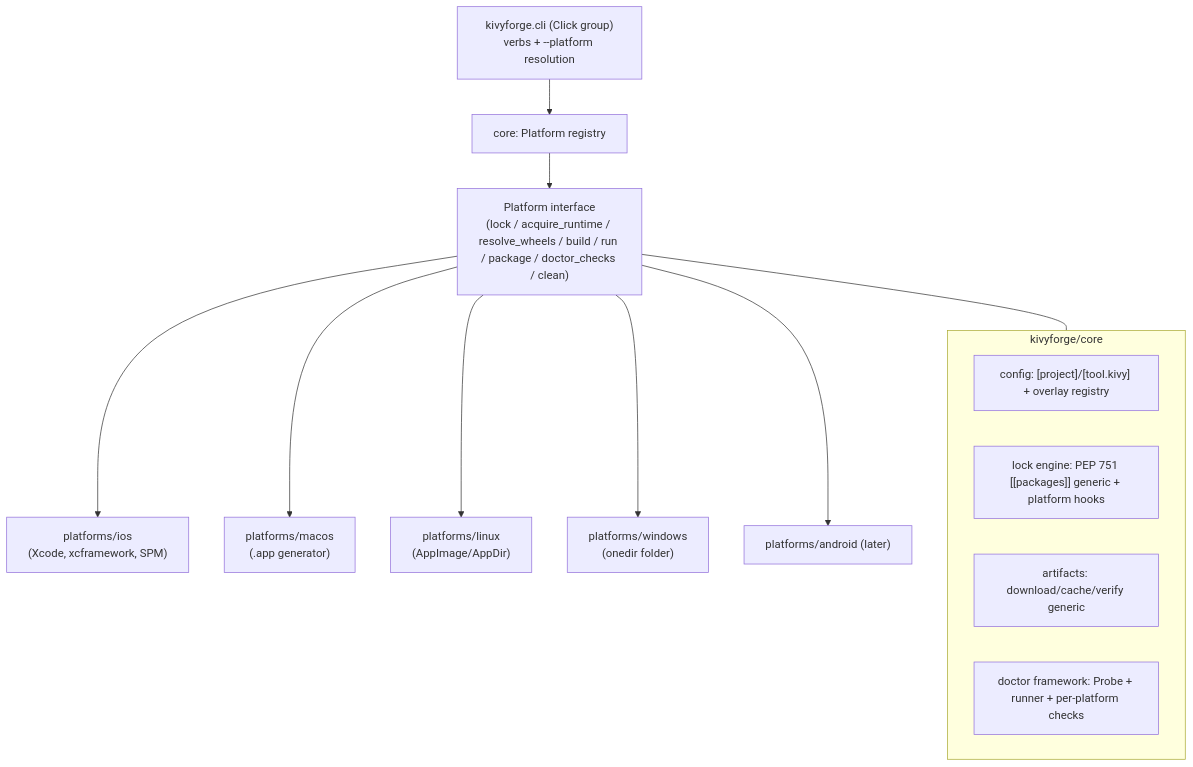
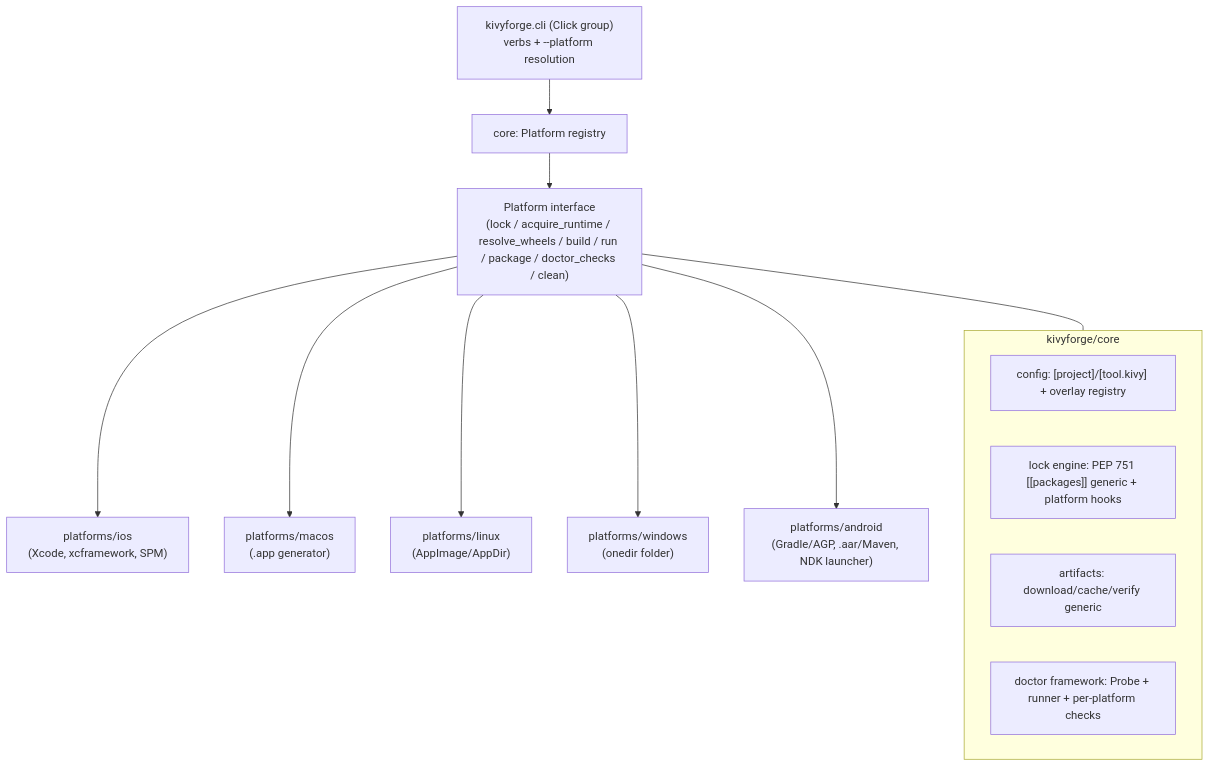
Before and after one commit to ElliotGarbus/kivyforge: the diagram in docs/design/common/05-platform-architecture.md, drawn with Mermaid. The commit also changed 73 other files, not shown here.

````diff
--- a/docs/design/common/05-platform-architecture.md
+++ b/docs/design/common/05-platform-architecture.md
@@ -5,17 +5,17 @@
 ```mermaid
 flowchart TD
     cli["kivyforge.cli (Click group)\nverbs + --platform resolution"] --> reg["core: Platform registry"]
     reg --> iface["Platform interface\n(lock / acquire_runtime / resolve_wheels / build / run / package / doctor_checks / clean)"]
     iface --> ios["platforms/ios\n(Xcode, xcframework, SPM)"]
     iface --> mac["platforms/macos\n(.app generator)"]
     iface --> lin["platforms/linux\n(AppImage/AppDir)"]
     iface --> win["platforms/windows\n(onedir folder)"]
-    iface --> andr["platforms/android (later)"]
+    iface --> andr["platforms/android\n(Gradle/AGP, .aar/Maven, NDK launcher)"]
     subgraph core [kivyforge/core]
       cfg["config: [project]/[tool.kivy] + overlay registry"]
       lock["lock engine: PEP 751 [[packages]] generic + platform hooks"]
       art["artifacts: download/cache/verify generic"]
       doc["doctor framework: Probe + runner + per-platform checks"]
     end
     iface --- core
 ```
````
